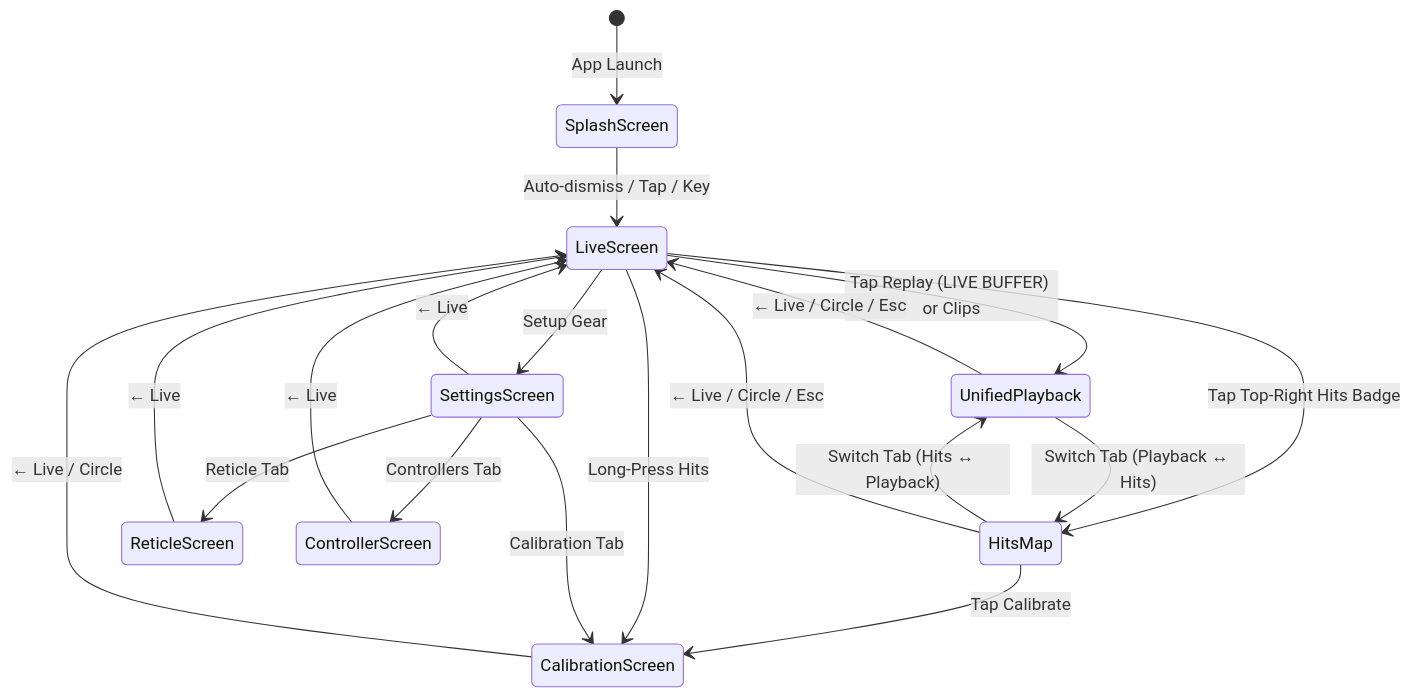
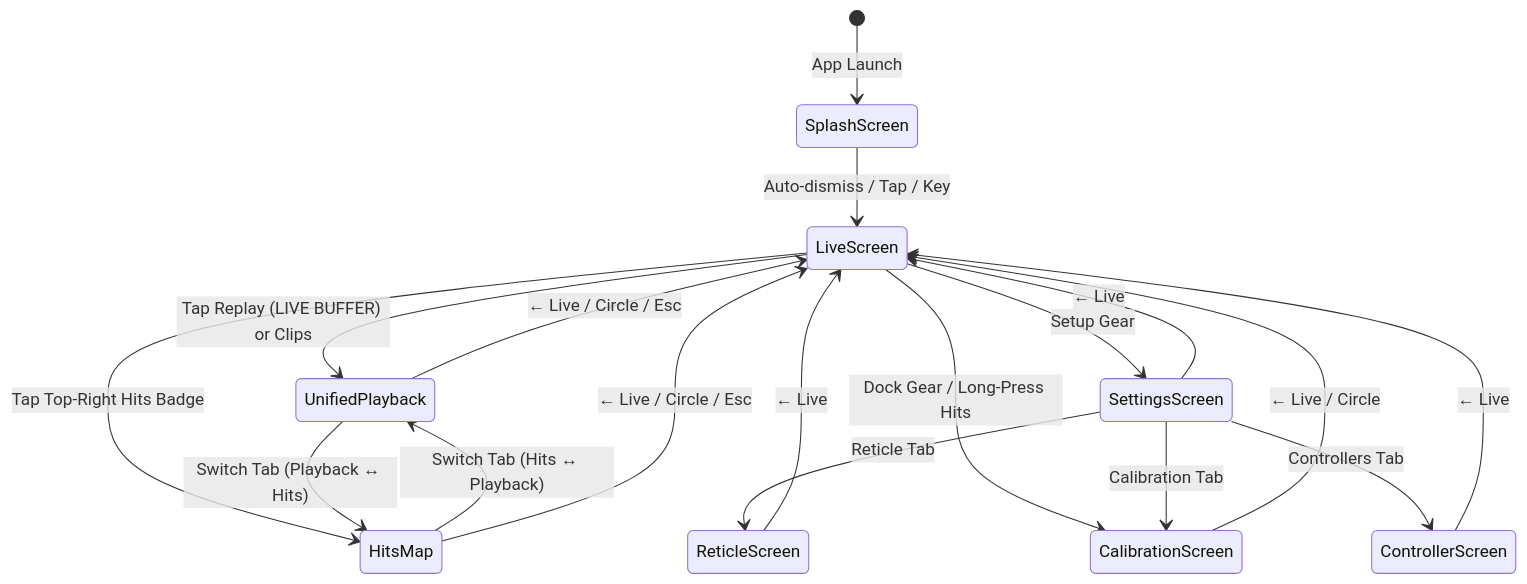
The second of 2 diagrams in docs/ARCHITECTURE.md (animaniac3k/EagleVision), drawn with Mermaid before and after one commit. The commit also changed other lines of this file and 24 other files, not shown here.

````diff
--- a/docs/ARCHITECTURE.md
+++ b/docs/ARCHITECTURE.md
@@ -70,23 +70,22 @@
 ```mermaid
 stateDiagram-v2
     [*] --> SplashScreen: App Launch
     SplashScreen --> LiveScreen: Auto-dismiss / Tap / Key
 
     LiveScreen --> UnifiedPlayback: Tap Replay (LIVE BUFFER) or Clips
     LiveScreen --> HitsMap: Tap Top-Right Hits Badge
     UnifiedPlayback --> HitsMap: Switch Tab (Playback ↔ Hits)
     HitsMap --> UnifiedPlayback: Switch Tab (Hits ↔ Playback)
     UnifiedPlayback --> LiveScreen: ← Live / Circle / Esc
     HitsMap --> LiveScreen: ← Live / Circle / Esc
-    HitsMap --> CalibrationScreen: Tap Calibrate
 
     LiveScreen --> SettingsScreen: Setup Gear
-    LiveScreen --> CalibrationScreen: Long-Press Hits
+    LiveScreen --> CalibrationScreen: Dock Gear / Long-Press Hits
     SettingsScreen --> ReticleScreen: Reticle Tab
     SettingsScreen --> CalibrationScreen: Calibration Tab
     SettingsScreen --> ControllerScreen: Controllers Tab
     SettingsScreen --> LiveScreen: ← Live
     ReticleScreen --> LiveScreen: ← Live
     CalibrationScreen --> LiveScreen: ← Live / Circle
     ControllerScreen --> LiveScreen: ← Live
 ```
````
